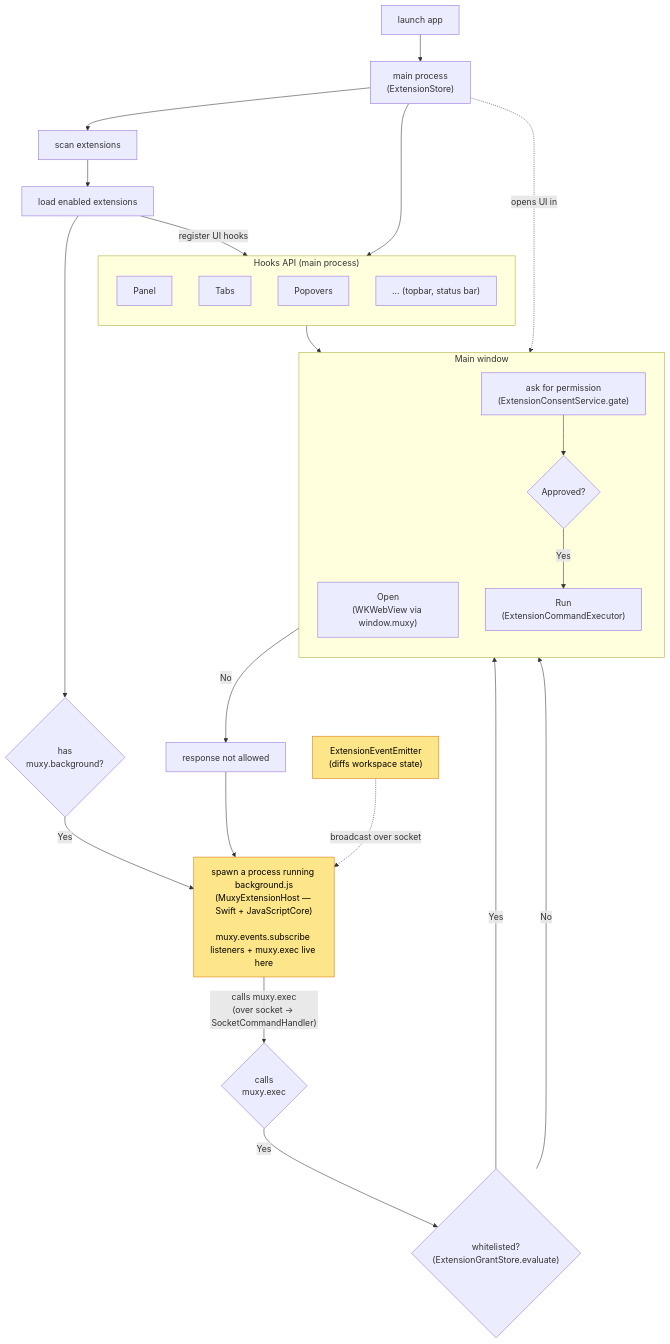
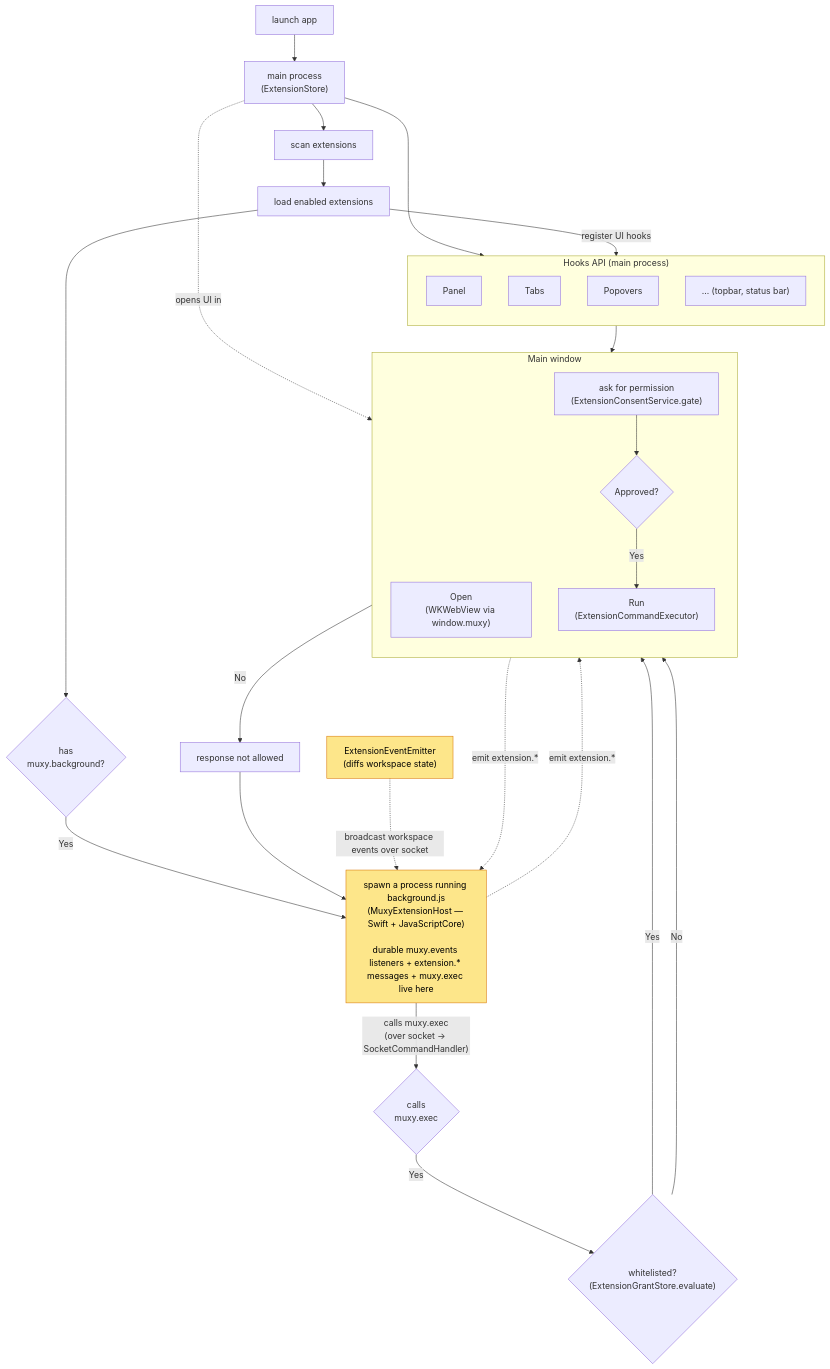
Before and after one commit to muxy-app/muxy: the diagram in docs/extensions/README.md, drawn with Mermaid. The commit also changed other lines of this file and 26 other files, not shown here.

````diff
--- a/docs/extensions/README.md
+++ b/docs/extensions/README.md
@@ -16,45 +16,47 @@
 ```mermaid
 flowchart TD
     launch["launch app"] --> main["main process<br/>(ExtensionStore)"]
     main --> scan["scan extensions"]
     main --> hooks
     main -.->|opens UI in| window
 
     scan --> load["load enabled extensions"]
     load --> hasBg{"has<br/>muxy.background?"}
     load -->|register UI hooks| hooks
 
     subgraph hooks["Hooks API (main process)"]
         direction TB
         panel["Panel"]
         tabs["Tabs"]
         popovers["Popovers"]
         more["… (topbar, status bar)"]
     end
 
     subgraph window["Main window"]
         direction TB
         open["Open<br/>(WKWebView via window.muxy)"]
         ask["ask for permission<br/>(ExtensionConsentService.gate)"]
         approved{"Approved?"}
         run["Run<br/>(ExtensionCommandExecutor)"]
         ask --> approved
         approved -->|Yes| run
     end
 
     hooks --> open
 
-    hasBg -->|Yes| host["spawn a process running background.js<br/>(MuxyExtensionHost — Swift + JavaScriptCore)<br/><br/>muxy.events.subscribe listeners + muxy.exec live here"]
+    hasBg -->|Yes| host["spawn a process running background.js<br/>(MuxyExtensionHost — Swift + JavaScriptCore)<br/><br/>durable muxy.events listeners + extension.* messages + muxy.exec live here"]
 
     host -->|"calls muxy.exec<br/>(over socket → SocketCommandHandler)"| exec{"calls<br/>muxy.exec"}
     exec -->|Yes| whitelisted{"whitelisted?<br/>(ExtensionGrantStore.evaluate)"}
     whitelisted -->|Yes| run
     whitelisted -->|No| ask
     approved -->|No| denied["response not allowed"]
     denied --> host
 
-    events["ExtensionEventEmitter<br/>(diffs workspace state)"] -.->|broadcast over socket| host
+    events["ExtensionEventEmitter<br/>(diffs workspace state)"] -.->|broadcast workspace events over socket| host
+    open -.->|"emit extension.*"| host
+    host -.->|"emit extension.*"| open
 
     classDef sticky fill:#fde68a,stroke:#d97706,color:#000;
     class host,events sticky;
 ```
````
